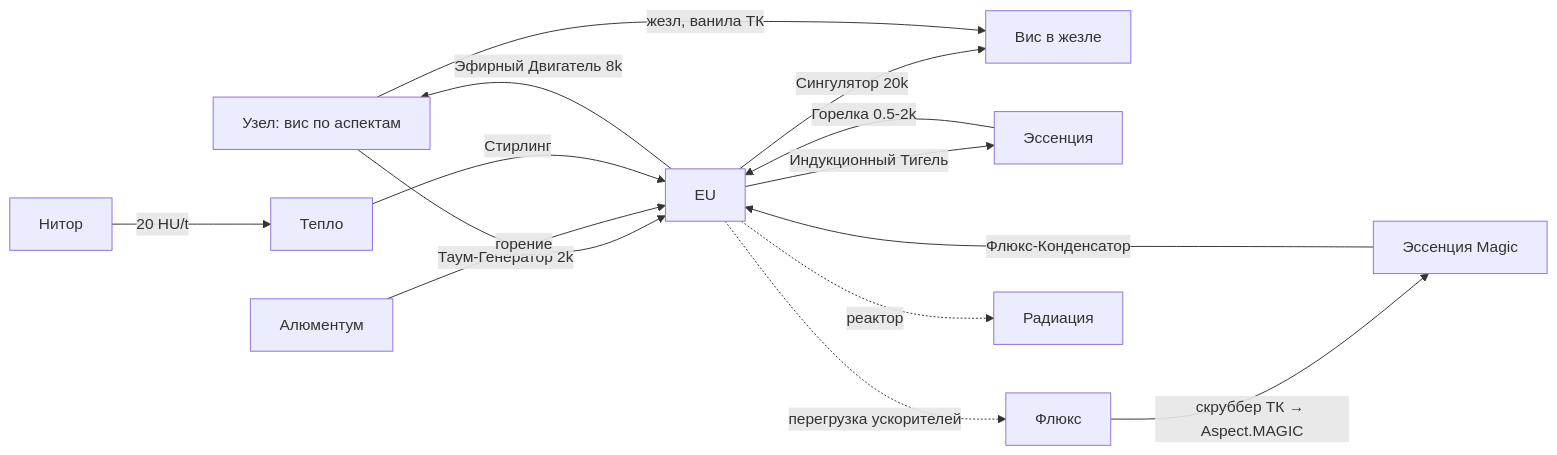
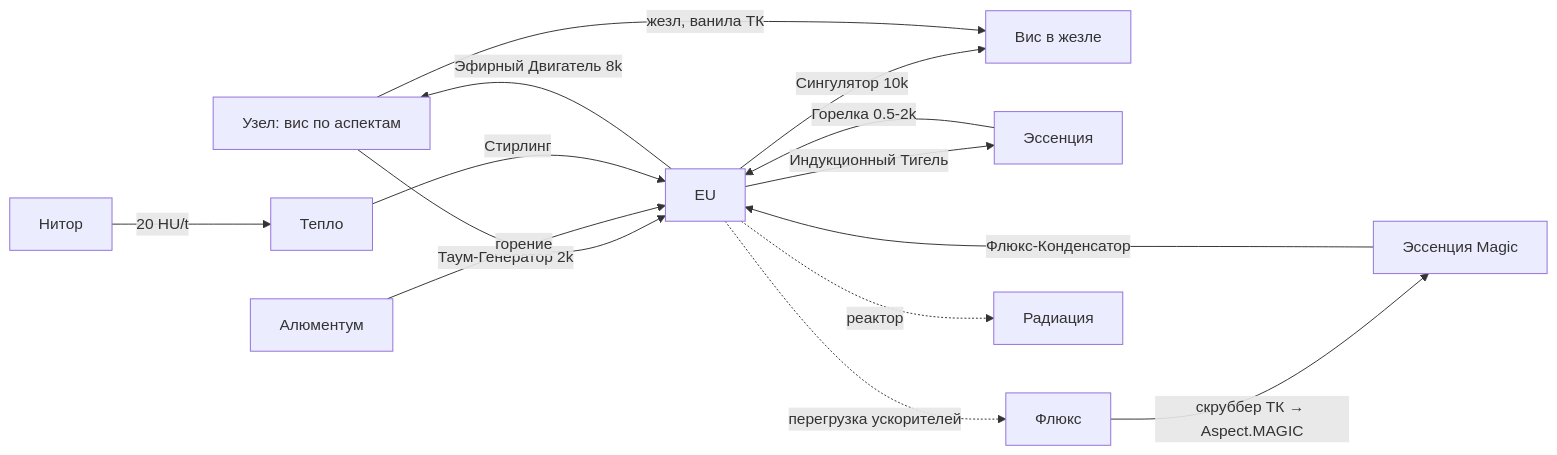
One commit to Atom-gnomov/Thaumcraft-4-port-to-1.12.2 changed the diagram in docs/design/02_world_model.md. Above: the diagram before and after it, drawn with Mermaid. The commit also changed other lines of this file and 7 other files, not shown here.

````diff
--- a/docs/design/02_world_model.md
+++ b/docs/design/02_world_model.md
@@ -153,16 +160,16 @@
 ```mermaid
 graph LR
     NODE[Узел: вис по аспектам] -->|Таум-Генератор 2k| EU[EU]
     EU -->|Эфирный Двигатель 8k| NODE
-    EU -->|Сингулятор 20k| WAND[Вис в жезле]
+    EU -->|Сингулятор 10k| WAND[Вис в жезле]
     NODE -->|жезл, ванила ТК| WAND
     ESS[Эссенция] -->|Горелка 0.5-2k| EU
     EU -->|Индукционный Тигель| ESS
     ALU[Алюментум] -->|горение| EU
     NIT[Нитор] -->|20 HU/t| HU[Тепло]
     HU -->|Стирлинг| EU
     EU -.->|перегрузка ускорителей| FLUX[Флюкс]
     EU -.->|реактор| RAD[Радиация]
     FLUX -->|скруббер ТК → Aspect.MAGIC| MAG[Эссенция Magic]
     MAG -->|Флюкс-Конденсатор| EU
 ```
````
